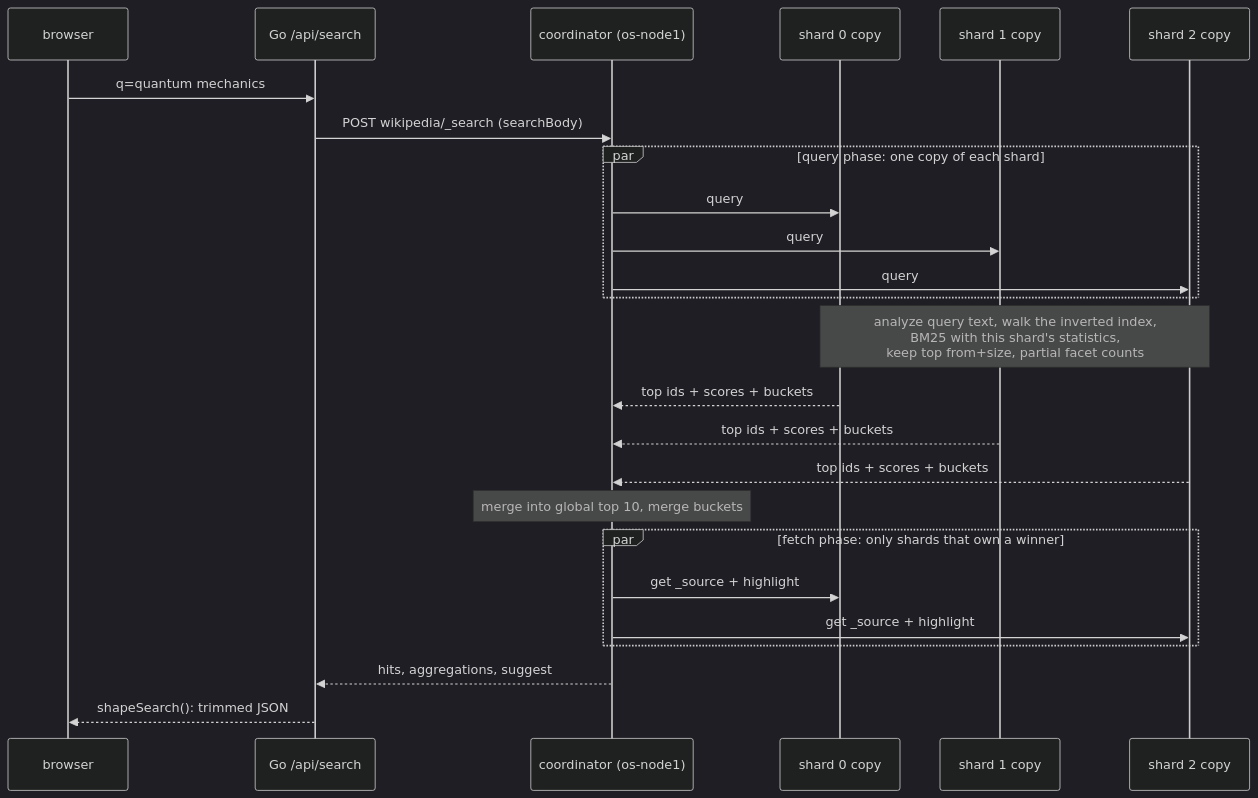
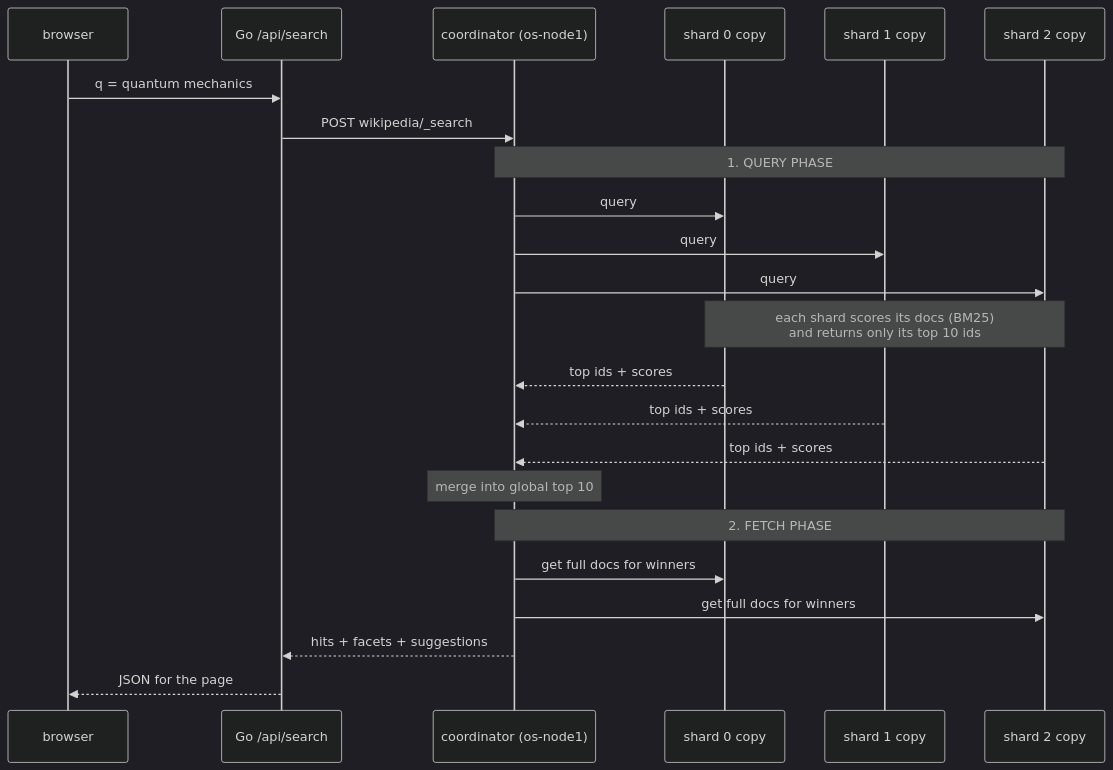
Before and after one commit to mohiadeen-ameer/opensearch-lab: the seventh of 7 diagrams in README.md, drawn with Mermaid (dark theme). The commit also changed other lines of this file and 3 other files, not shown here.

First line of the commit message:
Add ready-made Dashboards dashboard, fix README diagrams

````diff
--- a/README.md
+++ b/README.md
@@ -246,28 +259,26 @@
 ```mermaid
 sequenceDiagram
     participant B as browser
     participant G as Go /api/search
     participant C as coordinator (os-node1)
     participant S0 as shard 0 copy
     participant S1 as shard 1 copy
     participant S2 as shard 2 copy
 
-    B->>G: q=quantum mechanics
-    G->>C: POST wikipedia/_search (searchBody)
-    par query phase: one copy of each shard
-        C->>S0: query
-        C->>S1: query
-        C->>S2: query
-    end
-    Note over S0,S2: analyze query text, walk the inverted index,<br/>BM25 with this shard's statistics,<br/>keep top from+size, partial facet counts
-    S0-->>C: top ids + scores + buckets
-    S1-->>C: top ids + scores + buckets
-    S2-->>C: top ids + scores + buckets
-    Note over C: merge into global top 10, merge buckets
-    par fetch phase: only shards that own a winner
-        C->>S0: get _source + highlight
-        C->>S2: get _source + highlight
-    end
-    C-->>G: hits, aggregations, suggest
-    G-->>B: shapeSearch(): trimmed JSON
+    B->>G: q = quantum mechanics
+    G->>C: POST wikipedia/_search
+    Note over C,S2: 1. QUERY PHASE
+    C->>S0: query
+    C->>S1: query
+    C->>S2: query
+    Note over S0,S2: each shard scores its docs (BM25)<br/>and returns only its top 10 ids
+    S0-->>C: top ids + scores
+    S1-->>C: top ids + scores
+    S2-->>C: top ids + scores
+    Note over C: merge into global top 10
+    Note over C,S2: 2. FETCH PHASE
+    C->>S0: get full docs for winners
+    C->>S2: get full docs for winners
+    C-->>G: hits + facets + suggestions
+    G-->>B: JSON for the page
 ```
````
